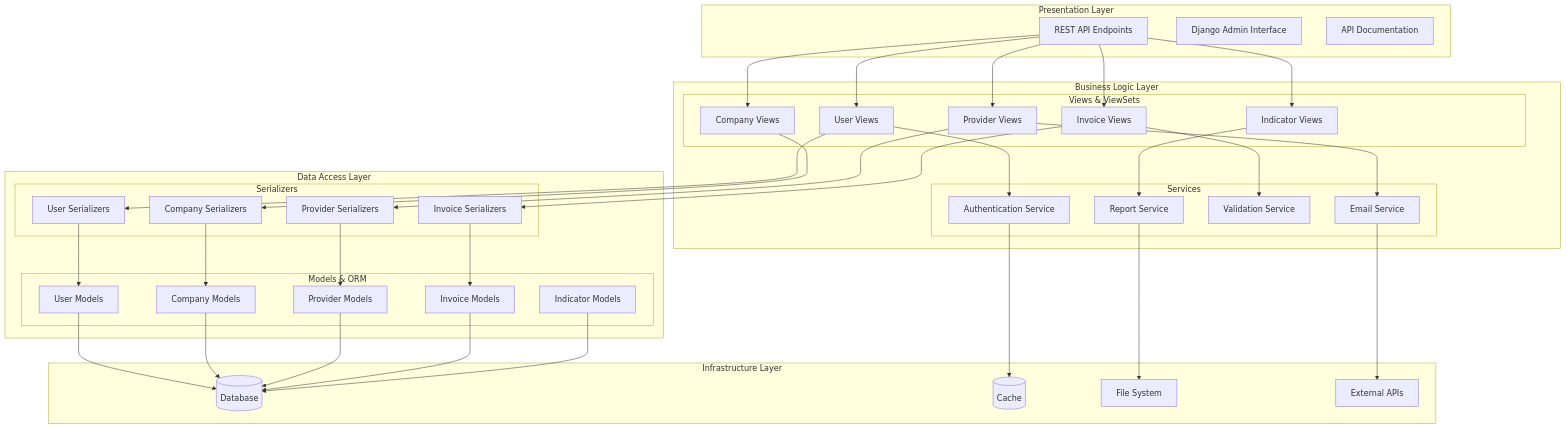
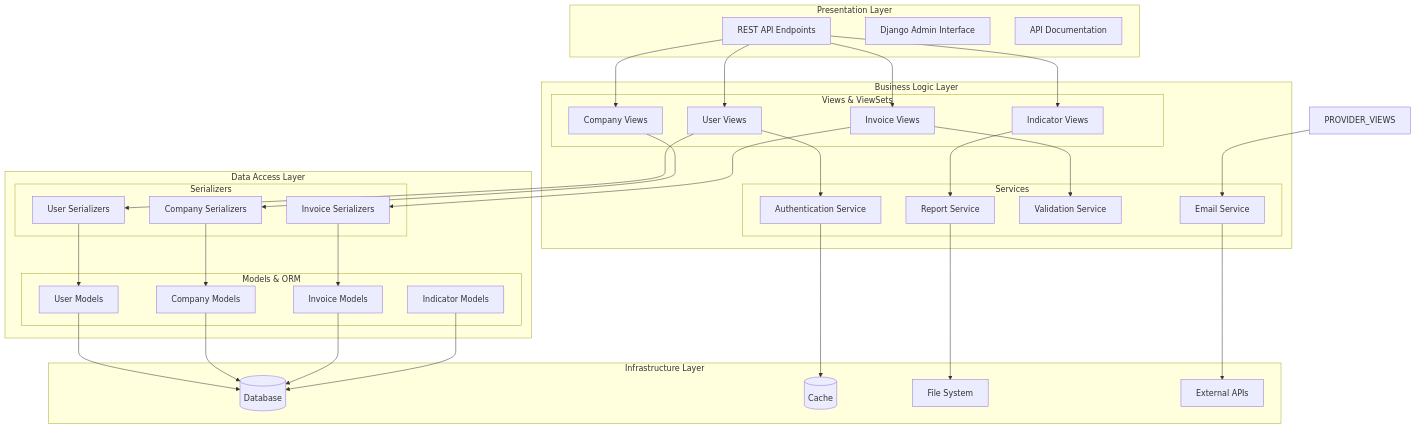
Before and after one commit to Edisonnarvaez/portal_web_frontend: the second of 10 diagrams in architecture_backend_API.md, drawn with Mermaid. The commit also changed other lines of this file, not shown here.

````diff
--- a/architecture_backend_API.md
+++ b/architecture_backend_API.md
@@ -109,80 +106,73 @@
 ```mermaid
 graph TB
     subgraph "Presentation Layer"
         REST_API[REST API Endpoints]
         ADMIN[Django Admin Interface]
         SWAGGER[API Documentation]
     end
 
     subgraph "Business Logic Layer"
         subgraph "Views & ViewSets"
             USER_VIEWS[User Views]
             COMPANY_VIEWS[Company Views]
-            PROVIDER_VIEWS[Provider Views]
             INVOICE_VIEWS[Invoice Views]
             INDICATOR_VIEWS[Indicator Views]
         end
         
         subgraph "Services"
             AUTH_SERVICE[Authentication Service]
             EMAIL_SERVICE[Email Service]
             VALIDATION_SERVICE[Validation Service]
             REPORT_SERVICE[Report Service]
         end
     end
 
     subgraph "Data Access Layer"
         subgraph "Models & ORM"
             USER_MODEL[User Models]
             COMPANY_MODEL[Company Models]
-            PROVIDER_MODEL[Provider Models]
             INVOICE_MODEL[Invoice Models]
             INDICATOR_MODEL[Indicator Models]
         end
         
         subgraph "Serializers"
             USER_SERIAL[User Serializers]
             COMPANY_SERIAL[Company Serializers]
-            PROVIDER_SERIAL[Provider Serializers]
             INVOICE_SERIAL[Invoice Serializers]
         end
     end
 
     subgraph "Infrastructure Layer"
         DATABASE[(Database)]
         CACHE_LAYER[(Cache)]
         FILE_SYSTEM[File System]
         EXTERNAL_APIS[External APIs]
     end
 
     REST_API --> USER_VIEWS
     REST_API --> COMPANY_VIEWS
-    REST_API --> PROVIDER_VIEWS
     REST_API --> INVOICE_VIEWS
     REST_API --> INDICATOR_VIEWS
     
     USER_VIEWS --> AUTH_SERVICE
     PROVIDER_VIEWS --> EMAIL_SERVICE
     INVOICE_VIEWS --> VALIDATION_SERVICE
     INDICATOR_VIEWS --> REPORT_SERVICE
     
     USER_VIEWS --> USER_SERIAL
     COMPANY_VIEWS --> COMPANY_SERIAL
-    PROVIDER_VIEWS --> PROVIDER_SERIAL
     INVOICE_VIEWS --> INVOICE_SERIAL
     
     USER_SERIAL --> USER_MODEL
     COMPANY_SERIAL --> COMPANY_MODEL
-    PROVIDER_SERIAL --> PROVIDER_MODEL
     INVOICE_SERIAL --> INVOICE_MODEL
     
     USER_MODEL --> DATABASE
     COMPANY_MODEL --> DATABASE
-    PROVIDER_MODEL --> DATABASE
     INVOICE_MODEL --> DATABASE
     INDICATOR_MODEL --> DATABASE
     
     AUTH_SERVICE --> CACHE_LAYER
     EMAIL_SERVICE --> EXTERNAL_APIS
     REPORT_SERVICE --> FILE_SYSTEM
 ```
````
